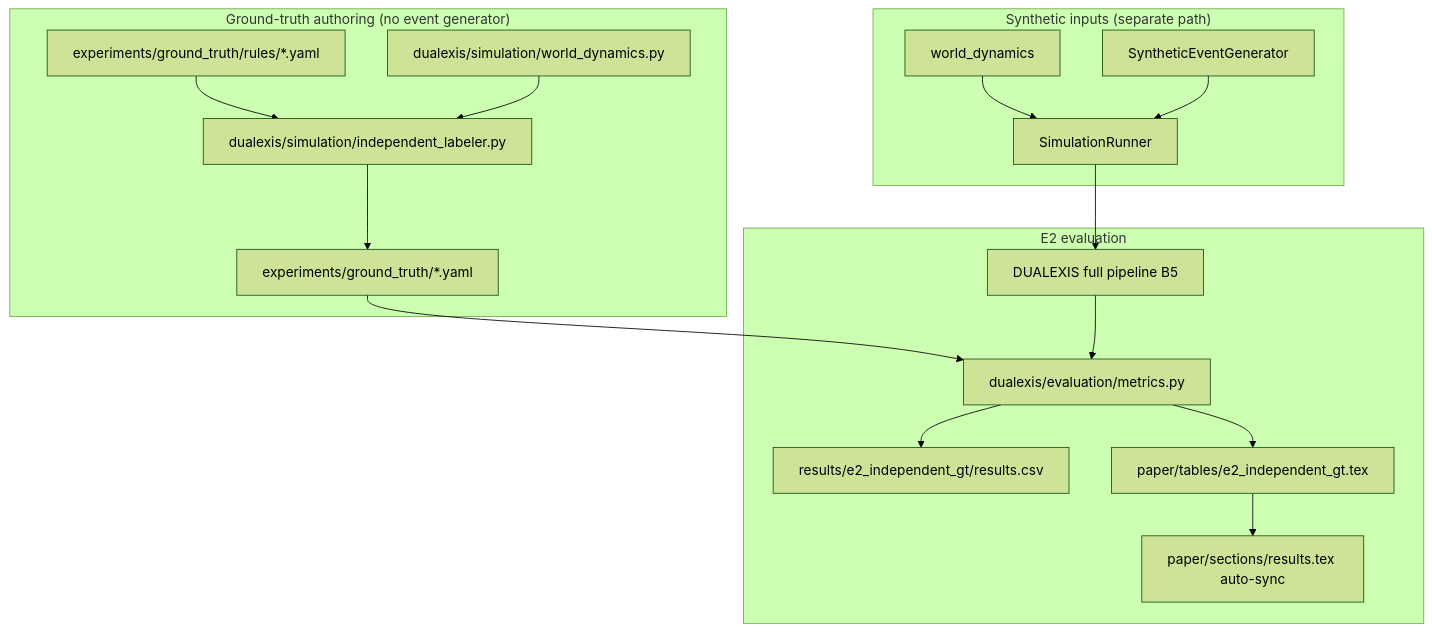
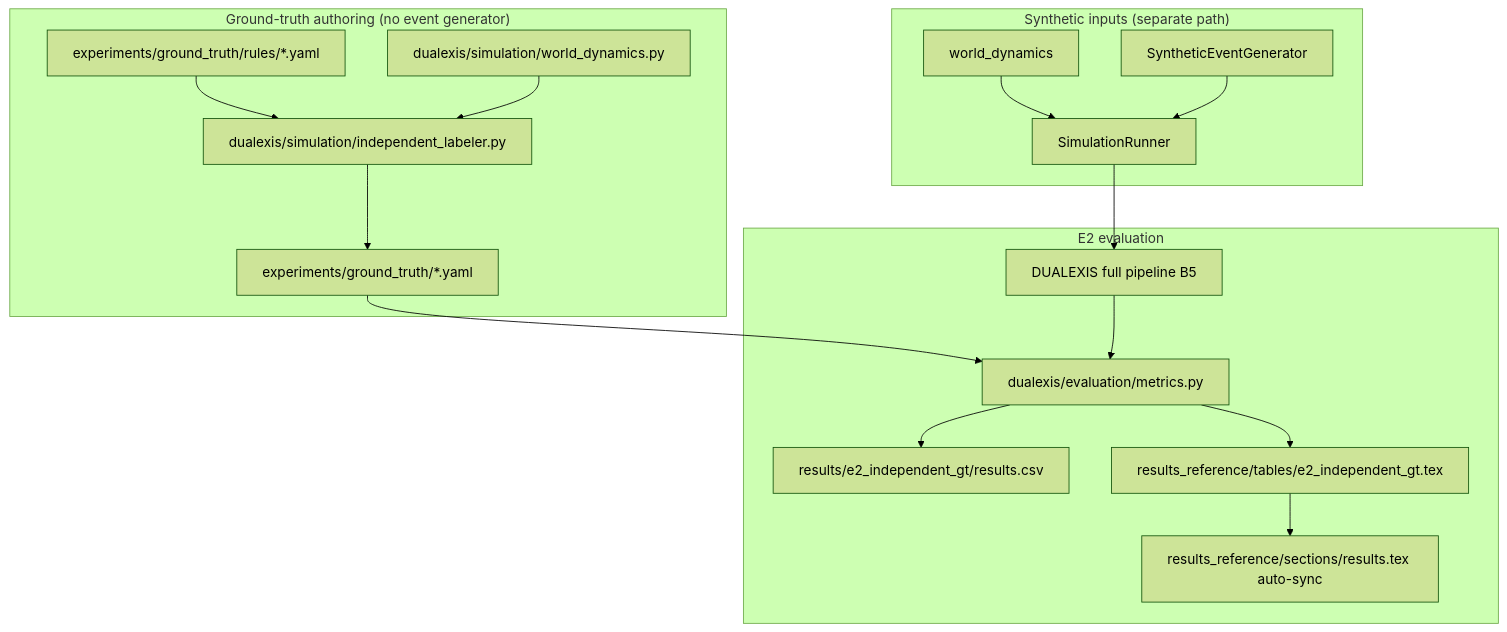
The diagram in docs/e2_independent_ground_truth.md (cesar-andress/dualexis-open), drawn with Mermaid (forest theme) before and after one commit. The commit also changed other lines of this file and 52 other files, not shown here.

````diff
--- a/docs/e2_independent_ground_truth.md
+++ b/docs/e2_independent_ground_truth.md
@@ -7,28 +7,28 @@
 ```mermaid
 flowchart TB
   subgraph Authoring["Ground-truth authoring (no event generator)"]
     R["experiments/ground_truth/rules/*.yaml"]
     WD["dualexis/simulation/world_dynamics.py"]
     IL["dualexis/simulation/independent_labeler.py"]
     R --> IL
     WD --> IL
     IL --> GT["experiments/ground_truth/*.yaml"]
   end
 
   subgraph Simulation["Synthetic inputs (separate path)"]
     WD2["world_dynamics"]
     EG["SyntheticEventGenerator"]
     SR["SimulationRunner"]
     WD2 --> SR
     EG --> SR
   end
 
   subgraph Evaluation["E2 evaluation"]
     GT --> MET["dualexis/evaluation/metrics.py"]
     SR --> PIPE["DUALEXIS full pipeline B5"]
     PIPE --> MET
     MET --> CSV["results/e2_independent_gt/results.csv"]
-    MET --> TEX["paper/tables/e2_independent_gt.tex"]
-    TEX --> RT["paper/sections/results.tex auto-sync"]
+    MET --> TEX["results_reference/tables/e2_independent_gt.tex"]
+    TEX --> RT["results_reference/sections/results.tex auto-sync"]
   end
 ```
````
